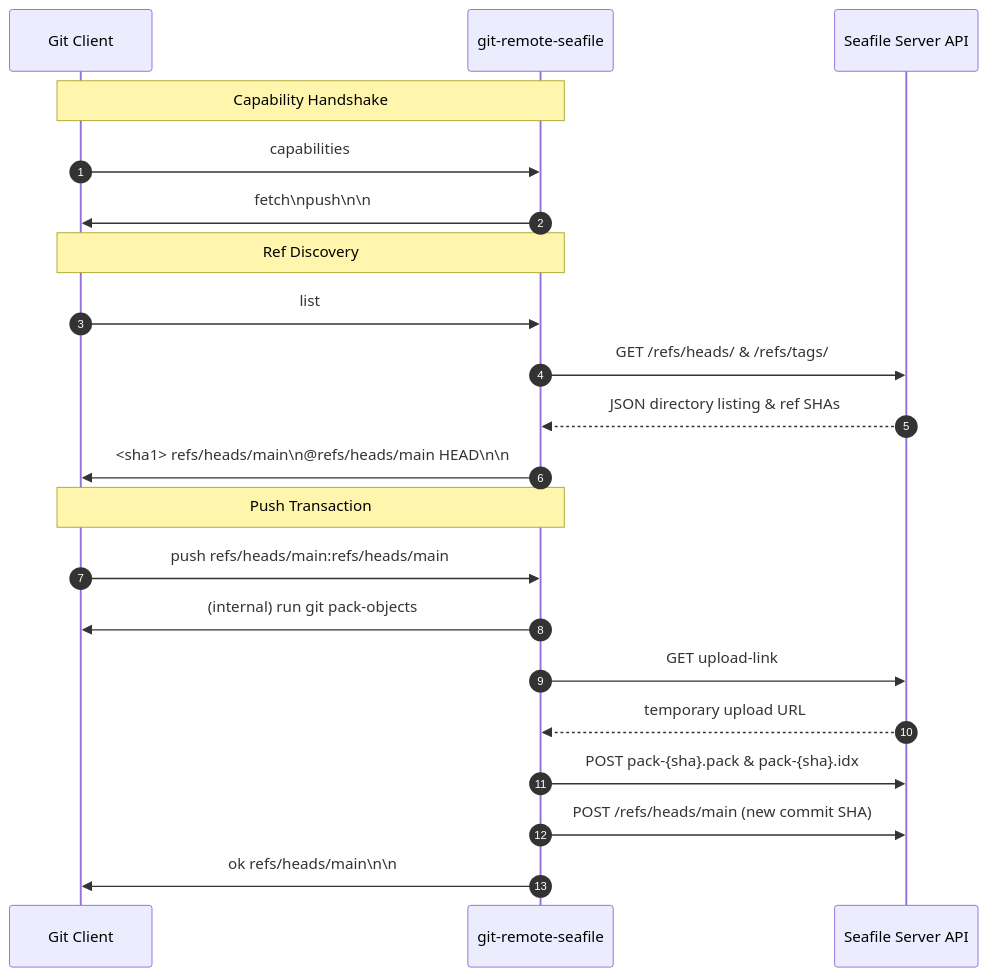
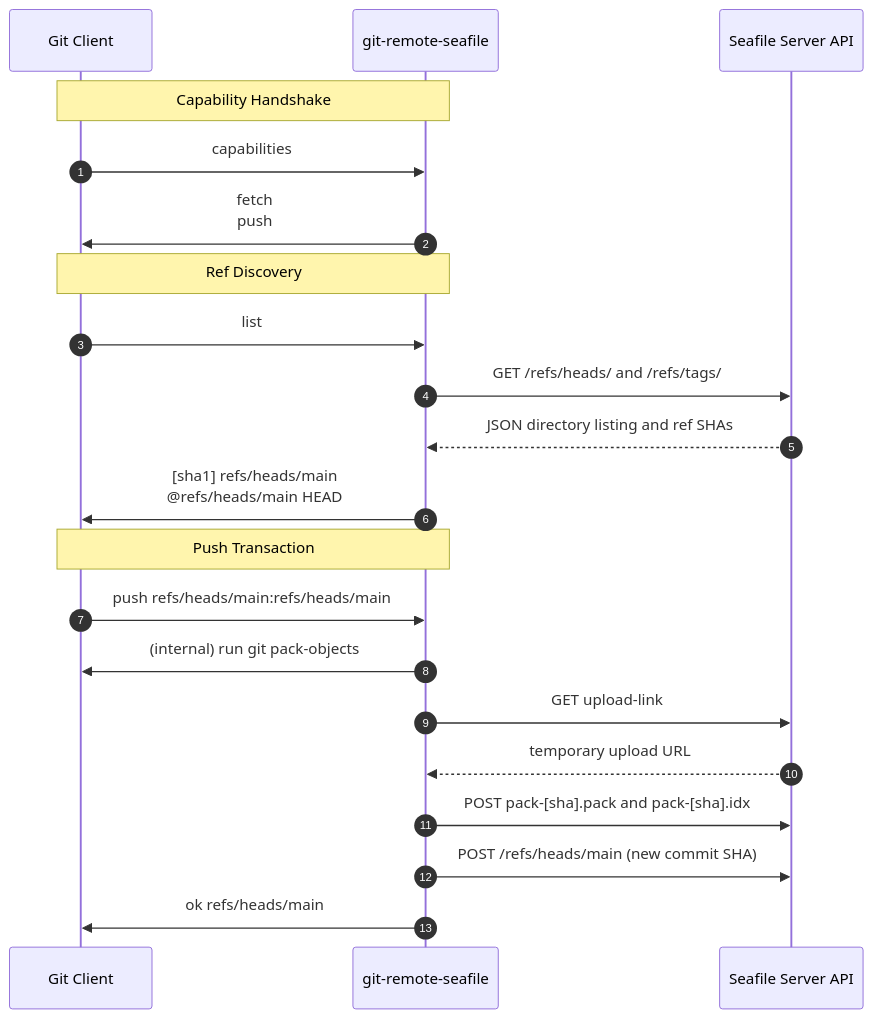
The diagram in DESIGN.md (tkittich/git-remote-seafile), drawn with Mermaid before and after one commit. The commit also changed other lines of this file and 3 other files, not shown here.

Commit message:
docs: fix Mermaid rich display syntax and update documentation for v0.4.3

````diff
--- a/DESIGN.md
+++ b/DESIGN.md
@@ -101,26 +103,26 @@
 ```mermaid
 sequenceDiagram
     autonumber
     participant Git as Git Client
     participant Helper as git-remote-seafile
     participant API as Seafile Server API
 
     Note over Git,Helper: Capability Handshake
     Git->>Helper: capabilities
-    Helper->>Git: fetch\npush\n\n
+    Helper->>Git: fetch<br/>push
 
     Note over Git,Helper: Ref Discovery
     Git->>Helper: list
-    Helper->>API: GET /refs/heads/ & /refs/tags/
-    API-->>Helper: JSON directory listing & ref SHAs
-    Helper->>Git: <sha1> refs/heads/main\n@refs/heads/main HEAD\n\n
+    Helper->>API: GET /refs/heads/ and /refs/tags/
+    API-->>Helper: JSON directory listing and ref SHAs
+    Helper->>Git: [sha1] refs/heads/main<br/>@refs/heads/main HEAD
 
     Note over Git,Helper: Push Transaction
     Git->>Helper: push refs/heads/main:refs/heads/main
     Helper->>Git: (internal) run git pack-objects
     Helper->>API: GET upload-link
     API-->>Helper: temporary upload URL
-    Helper->>API: POST pack-{sha}.pack & pack-{sha}.idx
+    Helper->>API: POST pack-[sha].pack and pack-[sha].idx
     Helper->>API: POST /refs/heads/main (new commit SHA)
-    Helper->>Git: ok refs/heads/main\n\n
+    Helper->>Git: ok refs/heads/main
 ```
````
